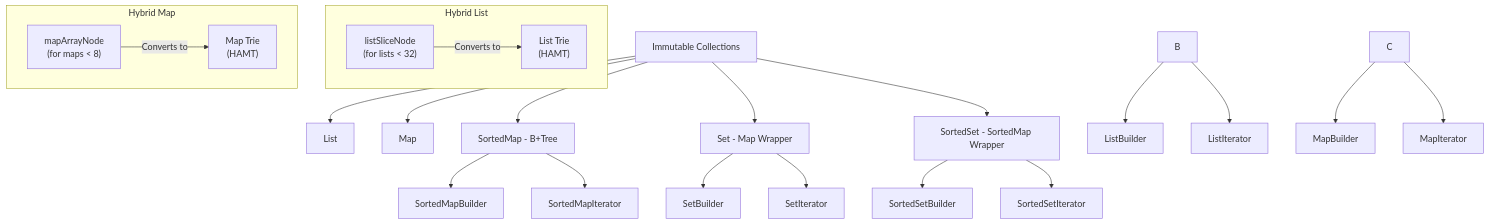
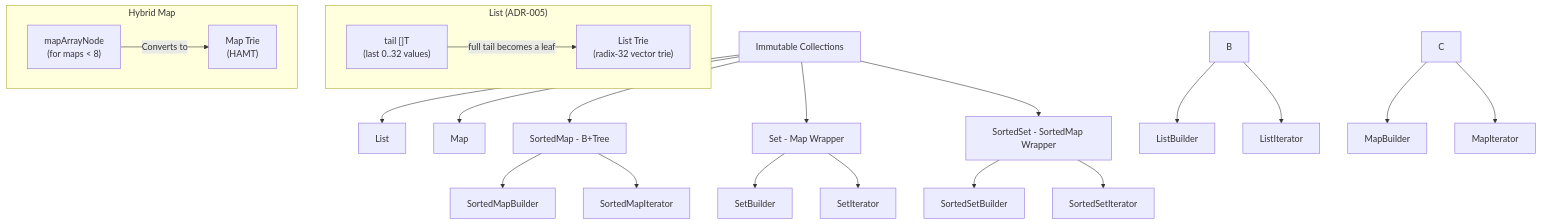
One commit to Arnonrgo/immutable changed the first of 3 diagrams in memory-bank/systemPatterns.md. Above: the diagram before and after it, drawn with Mermaid. The commit also changed other lines of this file and 14 other files, not shown here.

````diff
--- a/memory-bank/systemPatterns.md
+++ b/memory-bank/systemPatterns.md
@@ -9,32 +9,32 @@
 ```mermaid
 flowchart TD
-    subgraph "Hybrid List"
+    subgraph "List (ADR-005)"
         direction LR
-        LSN["listSliceNode<br/>(for lists < 32)"]
-        LBN["List Trie<br/>(HAMT)"]
-        LSN -- "Converts to" --> LBN
+        LTL["tail []T<br/>(last 0..32 values)"]
+        LBN["List Trie<br/>(radix-32 vector trie)"]
+        LTL -- "full tail becomes a leaf" --> LBN
     end
 
     subgraph "Hybrid Map"
         direction LR
         MAN["mapArrayNode<br/>(for maps < 8)"]
         MBN["Map Trie<br/>(HAMT)"]
         MAN -- "Converts to" --> MBN
     end
 
     A[Immutable Collections] --> Hybrid_List[List]
     A --> Hybrid_Map[Map]
     A --> D[SortedMap - B+Tree]
     A --> E[Set - Map Wrapper]
     A --> F[SortedSet - SortedMap Wrapper]
     B --> G[ListBuilder]
     C --> H[MapBuilder]
     D --> I[SortedMapBuilder]
     E --> J[SetBuilder]
     F --> K[SortedSetBuilder]
     B --> L[ListIterator]
     C --> M[MapIterator]
     D --> N[SortedMapIterator]
     E --> O[SetIterator]
     F --> P[SortedSetIterator]
 ```
````
